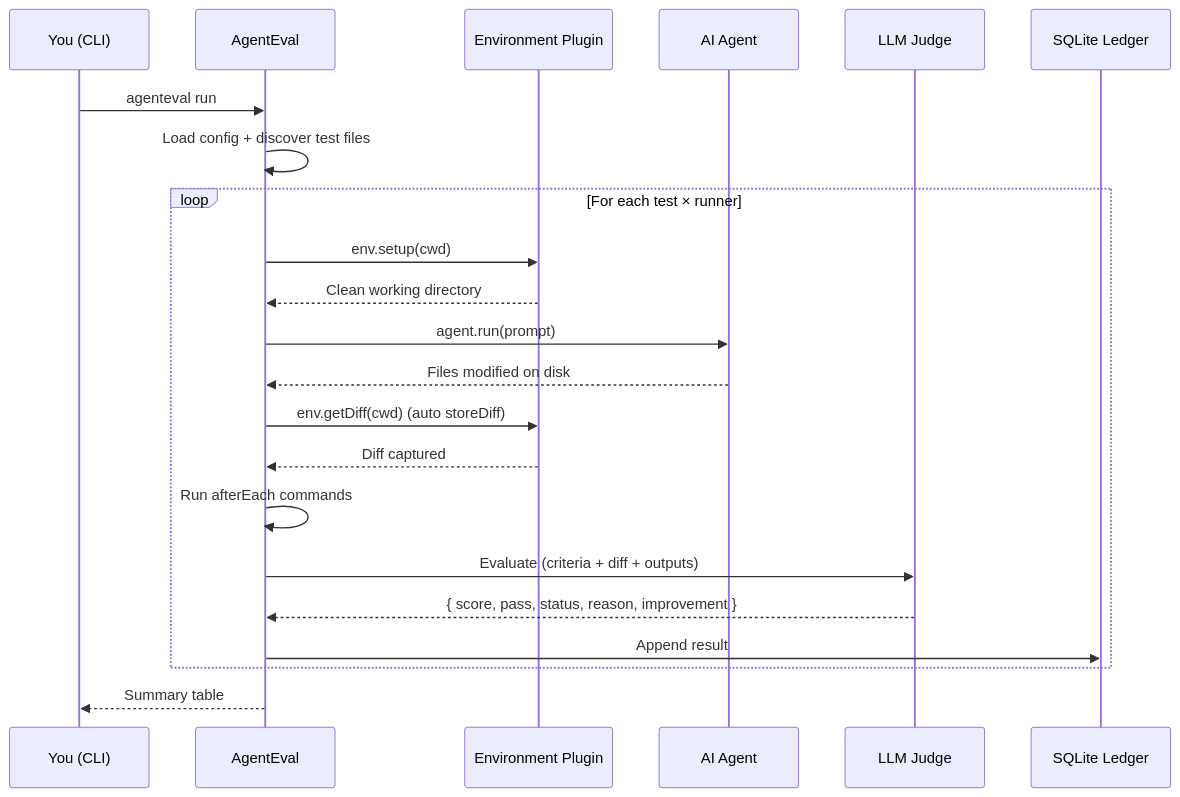
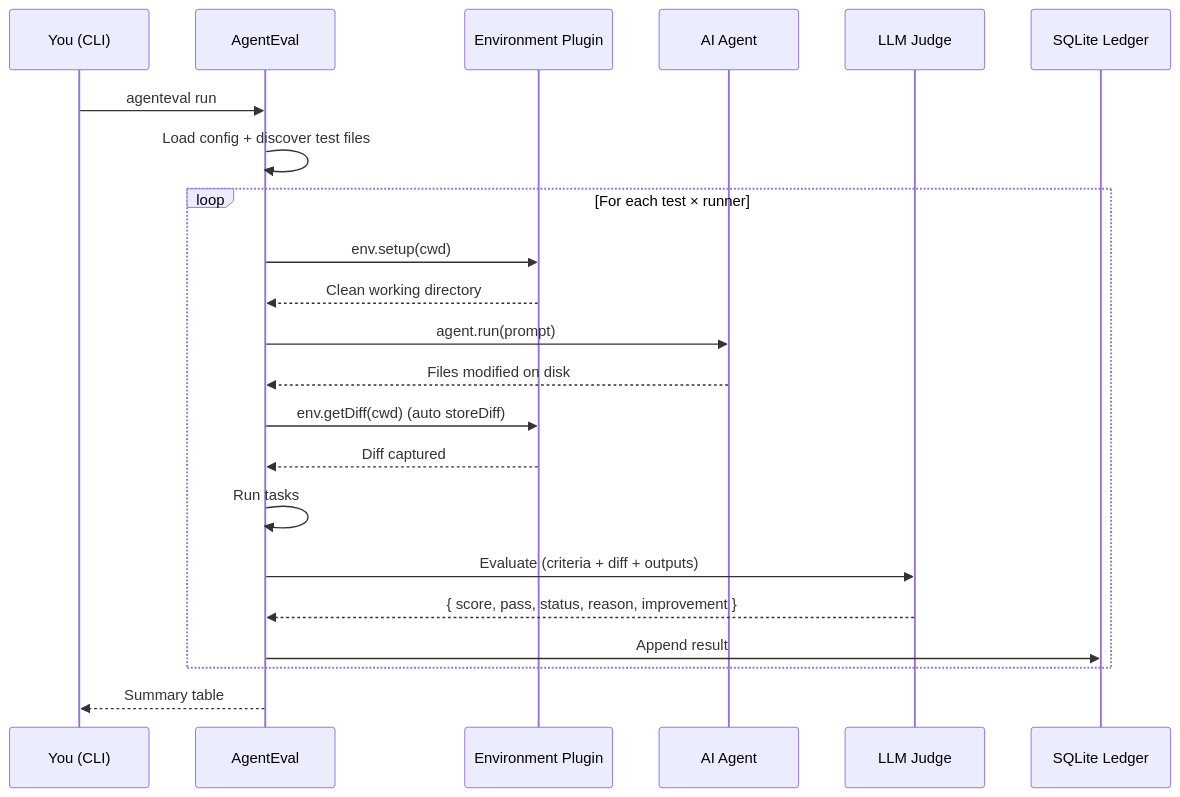
The second of 2 diagrams in apps/docs/guide/getting-started.md (Tlahey/agent-eval), drawn with Mermaid before and after one commit. The commit also changed other lines of this file and 23 other files, not shown here.

First line of the commit message:
refactor: remove deprecated config afterEach commands

````diff
--- a/apps/docs/guide/getting-started.md
+++ b/apps/docs/guide/getting-started.md
@@ -114,27 +114,27 @@
 ```mermaid
 sequenceDiagram
     participant You as You (CLI)
     participant AE as AgentEval
     participant Env as Environment Plugin
     participant Agent as AI Agent
     participant Judge as LLM Judge
     participant DB as SQLite Ledger
 
     You->>AE: agenteval run
     AE->>AE: Load config + discover test files
 
     loop For each test × runner
         AE->>Env: env.setup(cwd)
         Env-->>AE: Clean working directory
         AE->>Agent: agent.run(prompt)
         Agent-->>AE: Files modified on disk
         AE->>Env: env.getDiff(cwd) (auto storeDiff)
         Env-->>AE: Diff captured
-        AE->>AE: Run afterEach commands
+        AE->>AE: Run tasks
         AE->>Judge: Evaluate (criteria + diff + outputs)
         Judge-->>AE: { score, pass, status, reason, improvement }
         AE->>DB: Append result
     end
 
     AE-->>You: Summary table
 ```
````
